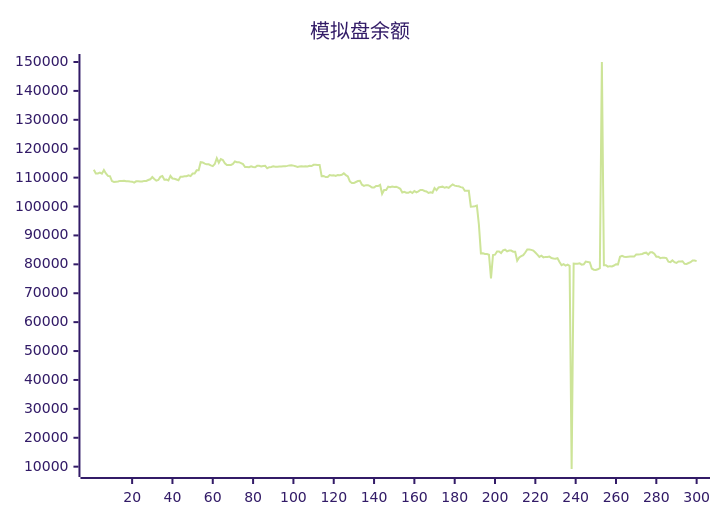
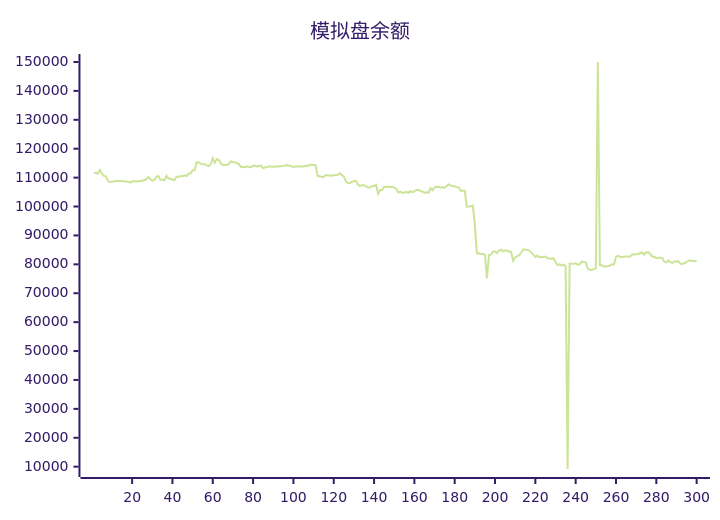
Before and after one commit to aahl/ai-trading: the diagram in README.md, drawn with Mermaid (forest theme). The commit also changed other lines of this file and 1 other file, not shown here.

````diff
--- a/README.md
+++ b/README.md
@@ -5,5 +5,5 @@
 ```mermaid
 xychart
     title "模拟盘余额"
-    line [112726,111458,111458,111712,111342,112608,111443,110593,110490,108796,108506,108603,108645,108864,108864,108897,108718,108760,108648,108602,108262,108718,108752,108644,108644,108863,108823,109162,109419,110224,109539,108945,109172,110262,110546,109304,109343,109053,110606,109702,109584,109337,109071,110342,110342,110488,110488,110814,110531,111421,111421,112518,112522,115341,115266,114830,114584,114588,114231,113973,114726,116697,115160,116423,116083,114950,114365,114365,114388,114730,115582,115358,115358,115032,114686,113688,113688,113610,113930,113672,113585,114083,114074,113840,113996,114051,113208,113593,113701,113901,113794,113784,113810,113848,113927,113929,114064,114232,114293,114144,113960,113698,113853,113942,113812,113908,113877,114091,113998,114427,114422,114384,114384,110477,110576,110198,110198,110890,110712,110812,110569,110929,110847,110968,111478,110870,110433,108661,108116,108115,108485,108797,108877,107536,107134,107393,107393,107046,106565,106565,107081,107081,107478,104404,105715,105749,106866,106651,106889,106771,106816,106565,106141,104876,105103,104796,104734,105169,104690,105380,104941,105272,105709,105739,105374,105227,104691,104924,104762,106364,105628,106608,106748,106872,106485,106721,106468,107132,107620,107224,107080,107001,106717,106567,105431,105431,105440,99950,100017,100113,100337,93749,83795,83807,83567,83567,83342,75168,83222,83336,84448,84449,83896,84839,85065,84499,84757,84757,84364,84347,81254,82385,82835,83184,84099,85150,85150,85002,84751,84096,83356,82582,82983,82404,82572,82512,82688,82200,82047,81920,82125,80840,79688,80060,79552,79920,79470,9193,80236,80208,80170,80336,79894,80006,80954,80837,80712,78561,78139,78037,78293,78682,150000,79720,79720,79214,79372,79279,79591,80046,79993,82625,82950,82626,82571,82633,82670,82670,82681,83386,83378,83464,83579,83920,84037,83402,84160,84142,83652,82655,82655,82145,82315,82243,82163,80934,80770,81371,80742,80468,80989,80989,81067,80191,80155,80450,80737,81309,81309,81106]
+    line [111458,111712,111342,112608,111443,110593,110490,108796,108506,108603,108645,108864,108864,108897,108718,108760,108648,108602,108262,108718,108752,108644,108644,108863,108823,109162,109419,110224,109539,108945,109172,110262,110546,109304,109343,109053,110606,109702,109584,109337,109071,110342,110342,110488,110488,110814,110531,111421,111421,112518,112522,115341,115266,114830,114584,114588,114231,113973,114726,116697,115160,116423,116083,114950,114365,114365,114388,114730,115582,115358,115358,115032,114686,113688,113688,113610,113930,113672,113585,114083,114074,113840,113996,114051,113208,113593,113701,113901,113794,113784,113810,113848,113927,113929,114064,114232,114293,114144,113960,113698,113853,113942,113812,113908,113877,114091,113998,114427,114422,114384,114384,110477,110576,110198,110198,110890,110712,110812,110569,110929,110847,110968,111478,110870,110433,108661,108116,108115,108485,108797,108877,107536,107134,107393,107393,107046,106565,106565,107081,107081,107478,104404,105715,105749,106866,106651,106889,106771,106816,106565,106141,104876,105103,104796,104734,105169,104690,105380,104941,105272,105709,105739,105374,105227,104691,104924,104762,106364,105628,106608,106748,106872,106485,106721,106468,107132,107620,107224,107080,107001,106717,106567,105431,105431,105440,99950,100017,100113,100337,93749,83795,83807,83567,83567,83342,75168,83222,83336,84448,84449,83896,84839,85065,84499,84757,84757,84364,84347,81254,82385,82835,83184,84099,85150,85150,85002,84751,84096,83356,82582,82983,82404,82572,82512,82688,82200,82047,81920,82125,80840,79688,80060,79552,79920,79470,9193,80236,80208,80170,80336,79894,80006,80954,80837,80712,78561,78139,78037,78293,78682,150000,79720,79720,79214,79372,79279,79591,80046,79993,82625,82950,82626,82571,82633,82670,82670,82681,83386,83378,83464,83579,83920,84037,83402,84160,84142,83652,82655,82655,82145,82315,82243,82163,80934,80770,81371,80742,80468,80989,80989,81067,80191,80155,80450,80737,81309,81309,81106,81119,81119]
 ```
````
